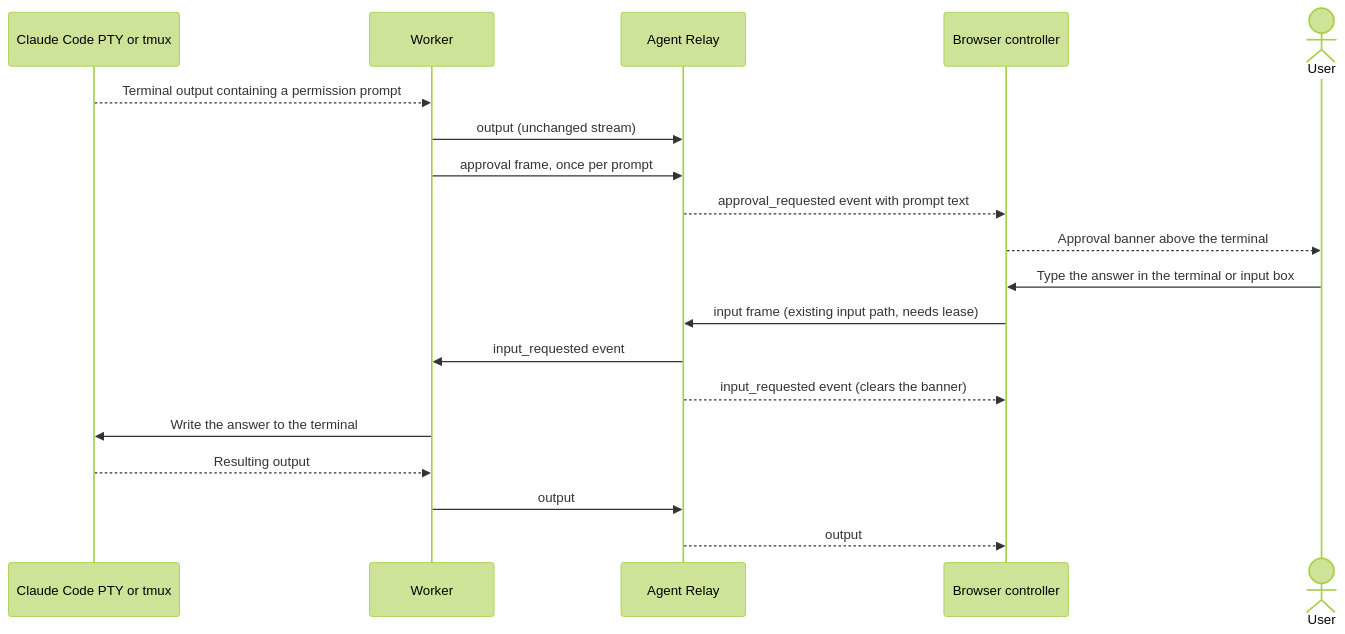
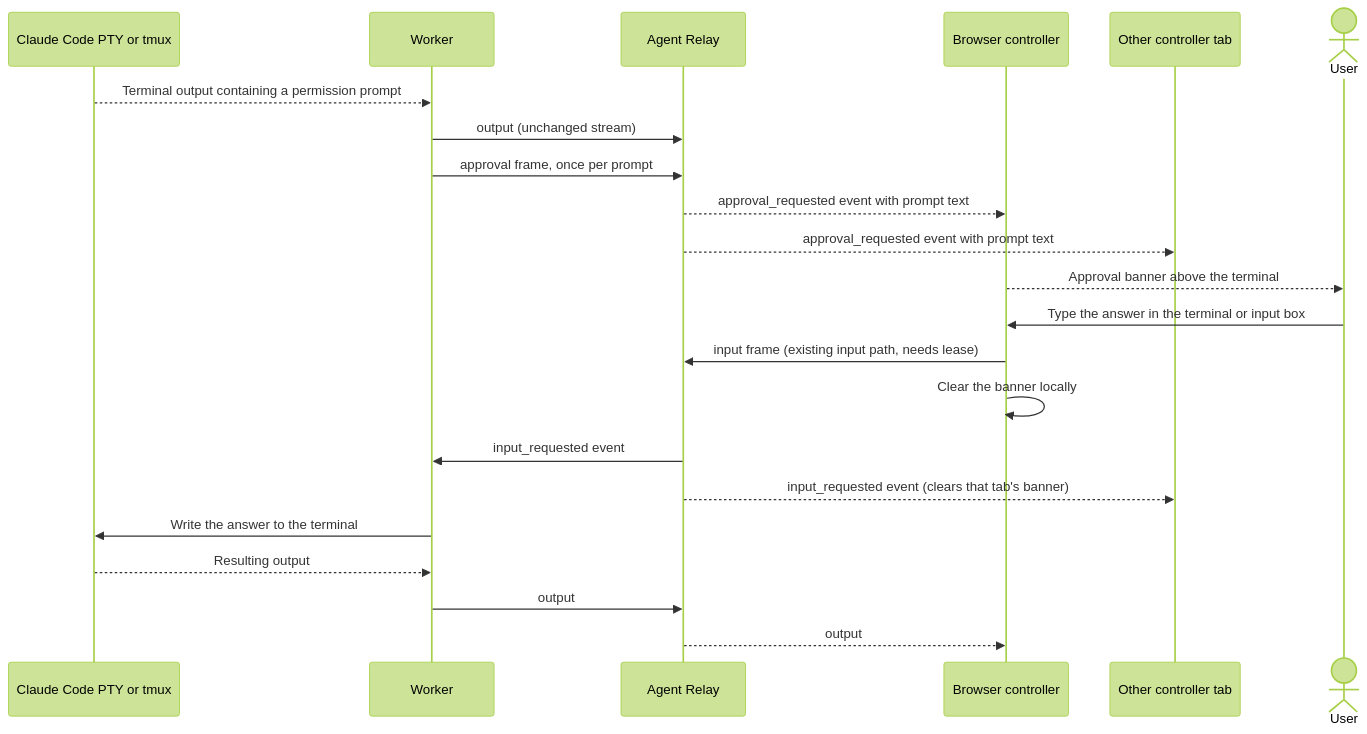
One commit to connectwithprakash/agent-relay changed the fourth of 6 diagrams in docs/cross-harness-control-user-flows.md. Above: the diagram before and after it, drawn with Mermaid (forest theme). The commit also changed other lines of this file and 1 other file, not shown here.

Commit message:
docs(control): align control docs with merged tmux and adoption behavior
Replace the duplicate tmux paragraph with a session adoption section,
state that input events go to other controllers and never the sender,
document session_adopted and session end events as implemented, update
the approval flow diagram for a second controller tab, and note that
worker-side adoption reporting is not on main yet.

````diff
--- a/docs/cross-harness-control-user-flows.md
+++ b/docs/cross-harness-control-user-flows.md
@@ -147,22 +147,25 @@
 ```mermaid
 sequenceDiagram
     participant H as Claude Code PTY or tmux
     participant W as Worker
     participant R as Agent Relay
     participant B as Browser controller
+    participant B2 as Other controller tab
     actor User
 
     H-->>W: Terminal output containing a permission prompt
     W->>R: output (unchanged stream)
     W->>R: approval frame, once per prompt
     R-->>B: approval_requested event with prompt text
+    R-->>B2: approval_requested event with prompt text
     B-->>User: Approval banner above the terminal
     User->>B: Type the answer in the terminal or input box
     B->>R: input frame (existing input path, needs lease)
+    B->>B: Clear the banner locally
     R->>W: input_requested event
-    R-->>B: input_requested event (clears the banner)
+    R-->>B2: input_requested event (clears that tab's banner)
     W->>H: Write the answer to the terminal
     H-->>W: Resulting output
     W->>R: output
     R-->>B: output
 ```
````
